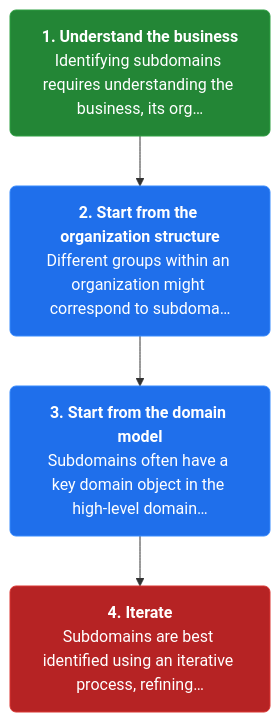
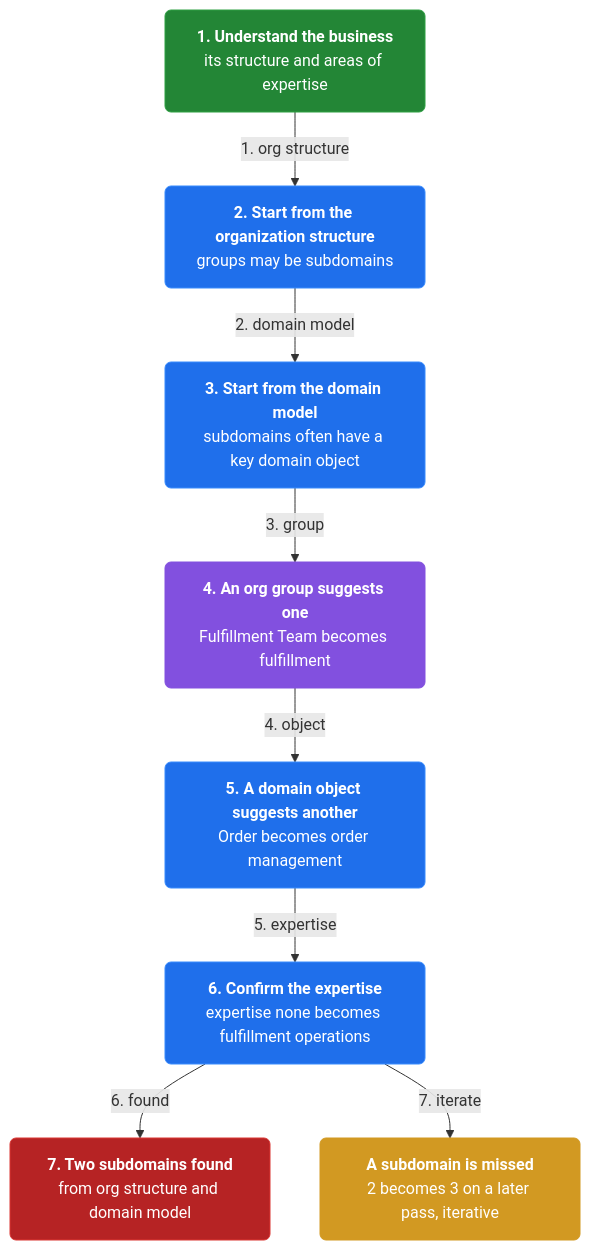
Before and after one commit to vinayakuber/microservices-io-study-guide: the fourth of 4 diagrams in docs/ch04-decompose-by-subdomain.md, drawn with Mermaid. The commit also changed other lines of this file and 46 other files, not shown here.

First line of the commit message:
Author rich branching flow diagrams for all 44 chapters

````diff
--- a/docs/ch04-decompose-by-subdomain.md
+++ b/docs/ch04-decompose-by-subdomain.md
@@ -135,13 +153,23 @@
 ```mermaid
 flowchart TD
-  classDef step fill:#1f6feb,color:#ffffff,stroke:#388bfd,stroke-width:1px,rx:6
+  classDef step fill:#1f6feb,color:#ffffff,stroke:#388bfd,rx:6
+  classDef core fill:#8250df,color:#ffffff,stroke:#8250df,rx:6
+  classDef warn fill:#d29922,color:#ffffff,stroke:#d29922,rx:6
   classDef start fill:#238636,color:#ffffff,stroke:#2ea043,rx:6
   classDef stop fill:#b62324,color:#ffffff,stroke:#da3633,rx:6
-  s3n0["<b>1. Understand the business</b><br/>Identifying subdomains requires understanding the business, its org…"]:::start
-  s3n1["<b>2. Start from the organization structure</b><br/>Different groups within an organization might correspond to subdoma…"]:::step
-  s3n2["<b>3. Start from the domain model</b><br/>Subdomains often have a key domain object in the high-level domain…"]:::step
-  s3n3["<b>4. Iterate</b><br/>Subdomains are best identified using an iterative process, refining…"]:::stop
-  s3n0 --> s3n1
-  s3n1 --> s3n2
-  s3n2 --> s3n3
+  n0["<b>1. Understand the business</b><br/>its structure and areas of expertise"]:::start
+  n1["<b>2. Start from the organization structure</b><br/>groups may be subdomains"]:::step
+  n2["<b>3. Start from the domain model</b><br/>subdomains often have a key domain object"]:::step
+  n3["<b>4. An org group suggests one</b><br/>Fulfillment Team becomes fulfillment"]:::core
+  n4["<b>5. A domain object suggests another</b><br/>Order becomes order management"]:::step
+  n5["<b>6. Confirm the expertise</b><br/>expertise none becomes fulfillment operations"]:::step
+  n6["<b>7. Two subdomains found</b><br/>from org structure and domain model"]:::stop
+  n7["<b>A subdomain is missed</b><br/>2 becomes 3 on a later pass, iterative"]:::warn
+  n0 -->|"1. org structure"| n1
+  n1 -->|"2. domain model"| n2
+  n2 -->|"3. group"| n3
+  n3 -->|"4. object"| n4
+  n4 -->|"5. expertise"| n5
+  n5 -->|"6. found"| n6
+  n5 -->|"7. iterate"| n7
 ```
````
